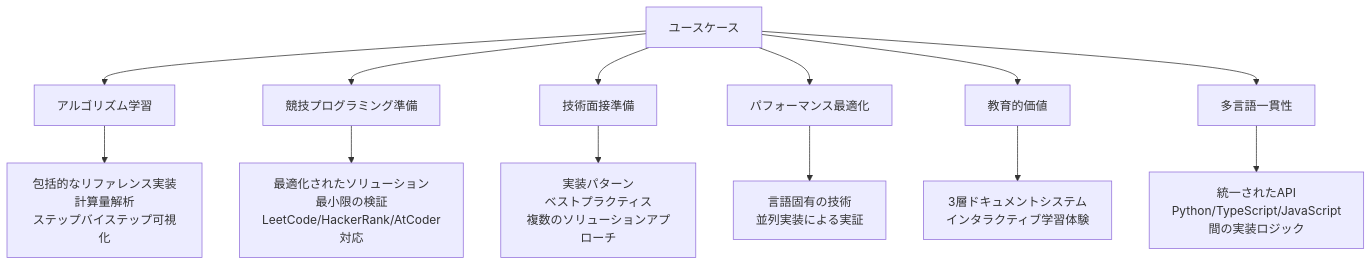
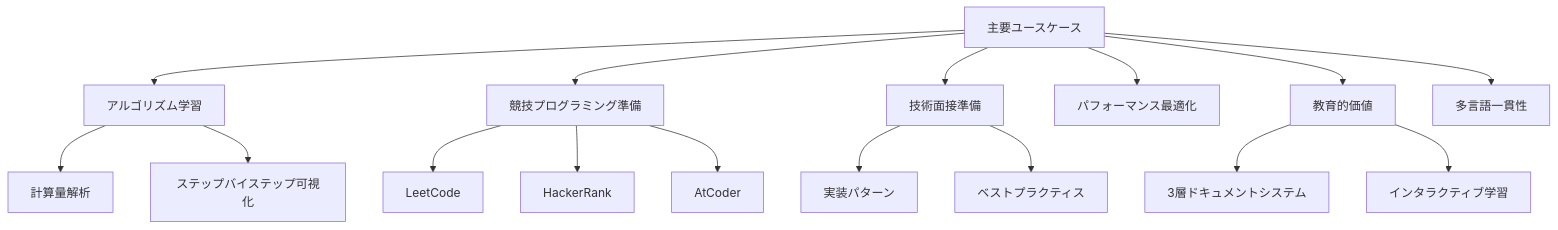
Before and after one commit to myoshi2891/Algorithm-DataStructures-Math-SQL: the seventh of 8 diagrams in README.md, drawn with Mermaid. The commit also changed other lines of this file, not shown here.

````diff
--- a/README.md
+++ b/README.md
@@ -344,25 +325,22 @@
 ```mermaid
 graph TB
-    UseCases[ユースケース]
-
-    Learning[アルゴリズム学習]
-    Competitive[競技プログラミング準備]
-    Interview[技術面接準備]
-    Optimization[パフォーマンス最適化]
-    Education[教育的価値]
-    MultiLang[多言語一貫性]
-
-    UseCases --> Learning
-    UseCases --> Competitive
-    UseCases --> Interview
-    UseCases --> Optimization
-    UseCases --> Education
-    UseCases --> MultiLang
-
-    Learning --> Comprehensive[包括的なリファレンス実装<br/>計算量解析<br/>ステップバイステップ可視化]
-    Competitive --> Optimized[最適化されたソリューション<br/>最小限の検証<br/>LeetCode/HackerRank/AtCoder対応]
-    Interview --> Patterns[実装パターン<br/>ベストプラクティス<br/>複数のソリューションアプローチ]
-    Optimization --> Techniques[言語固有の技術<br/>並列実装による実証]
-    Education --> Interactive[3層ドキュメントシステム<br/>インタラクティブ学習体験]
-    MultiLang --> Unified[統一されたAPI<br/>Python/TypeScript/JavaScript間の実装ロジック]
+    A[主要ユースケース] --> B[アルゴリズム学習]
+    A --> C[競技プログラミング準備]
+    A --> D[技術面接準備]
+    A --> E[パフォーマンス最適化]
+    A --> F[教育的価値]
+    A --> G[多言語一貫性]
+    
+    B --> B1[計算量解析]
+    B --> B2[ステップバイステップ可視化]
+    
+    C --> C1[LeetCode]
+    C --> C2[HackerRank]
+    C --> C3[AtCoder]
+    
+    D --> D1[実装パターン]
+    D --> D2[ベストプラクティス]
+    
+    F --> F1[3層ドキュメントシステム]
+    F --> F2[インタラクティブ学習]
 ```
````
